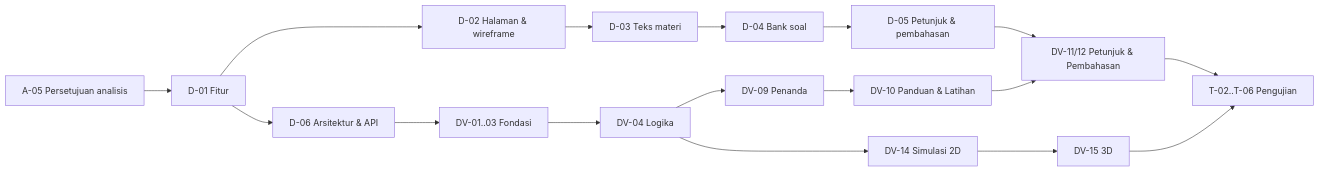
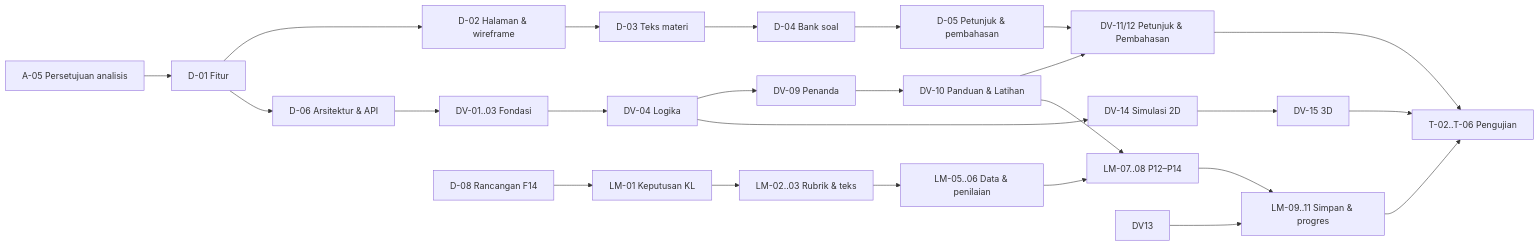
Before and after one commit to alawiahsitituti9-marker/untungcerdas: the diagram in docs/task.md, drawn with Mermaid. The commit also changed other lines of this file and 7 other files, not shown here.

````diff
--- a/docs/task.md
+++ b/docs/task.md
@@ -80,14 +81,20 @@
 ```mermaid
 flowchart LR
     A05[A-05 Persetujuan analisis] --> D01[D-01 Fitur]
     D01 --> D02[D-02 Halaman & wireframe] --> D03[D-03 Teks materi] --> D04[D-04 Bank soal] --> D05[D-05 Petunjuk & pembahasan]
     D01 --> D06[D-06 Arsitektur & API]
     D06 --> DV01[DV-01..03 Fondasi]
     DV01 --> DV04[DV-04 Logika]
     DV04 --> DV09[DV-09 Penanda] --> DV10[DV-10 Panduan & Latihan]
     D05 --> DV11[DV-11/12 Petunjuk & Pembahasan]
     DV10 --> DV11
     DV04 --> DV14[DV-14 Simulasi 2D] --> DV15[DV-15 3D]
     DV11 --> T02[T-02..T-06 Pengujian]
     DV15 --> T02
+    D08[D-08 Rancangan F14] --> LM01[LM-01 Keputusan KL] --> LM02[LM-02..03 Rubrik & teks]
+    LM02 --> LM05[LM-05..06 Data & penilaian] --> LM07[LM-07..08 P12–P14]
+    DV10 --> LM07
+    LM07 --> LM09[LM-09..11 Simpan & progres]
+    DV13 --> LM09
+    LM09 --> T02
 ```
````
